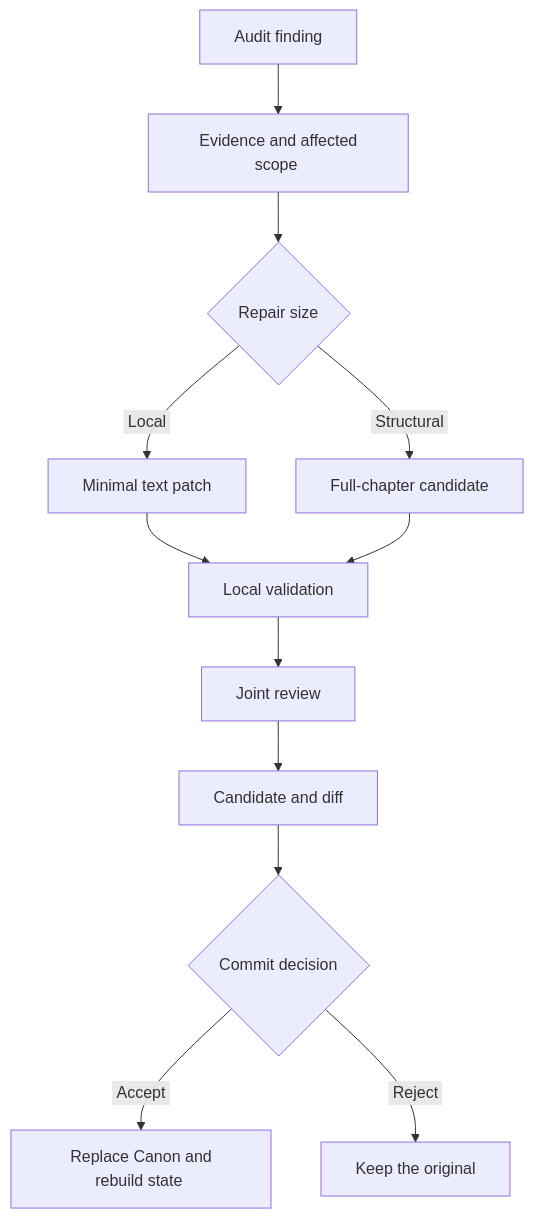
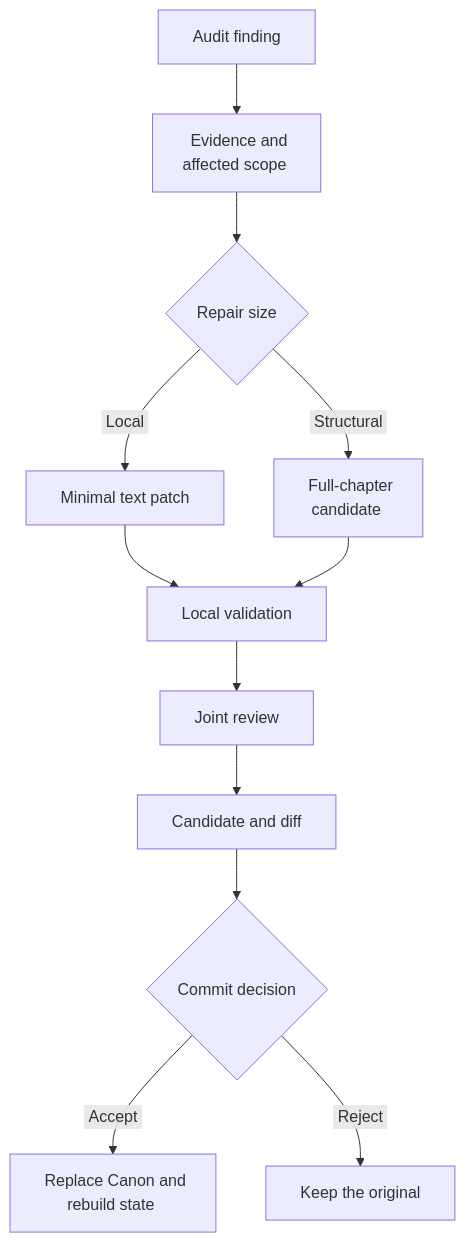
One commit to shjkea/NovelAgent changed the third of 3 diagrams in README_EN.md. Above: the diagram before and after it, drawn with Mermaid. The commit also changed other lines of this file and 1 other file, not shown here.

Commit message:
Fix Mermaid label clipping

````diff
--- a/README_EN.md
+++ b/README_EN.md
@@ -104,14 +104,14 @@
 ```mermaid
 flowchart TD
-    A["&nbsp;Audit finding&nbsp;"] --> B["&nbsp;Evidence and affected scope&nbsp;"]
+    A["&nbsp;Audit finding&nbsp;"] --> B["&nbsp;Evidence and<br/>affected scope&nbsp;"]
     B --> C{"&nbsp;Repair size&nbsp;"}
     C -->|"&nbsp;Local&nbsp;"| D["&nbsp;Minimal text patch&nbsp;"]
-    C -->|"&nbsp;Structural&nbsp;"| E["&nbsp;Full-chapter candidate&nbsp;"]
+    C -->|"&nbsp;Structural&nbsp;"| E["&nbsp;Full-chapter<br/>candidate&nbsp;"]
     D --> F["&nbsp;Local validation&nbsp;"]
     E --> F
     F --> G["&nbsp;Joint review&nbsp;"]
     G --> H["&nbsp;Candidate and diff&nbsp;"]
     H --> I{"&nbsp;Commit decision&nbsp;"}
-    I -->|"&nbsp;Accept&nbsp;"| J["&nbsp;Replace Canon and rebuild state&nbsp;"]
+    I -->|"&nbsp;Accept&nbsp;"| J["&nbsp;Replace Canon and<br/>rebuild state&nbsp;"]
     I -->|"&nbsp;Reject&nbsp;"| K["&nbsp;Keep the original&nbsp;"]
 ```
````
